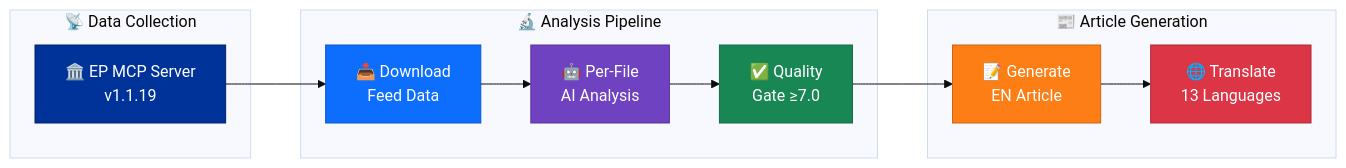
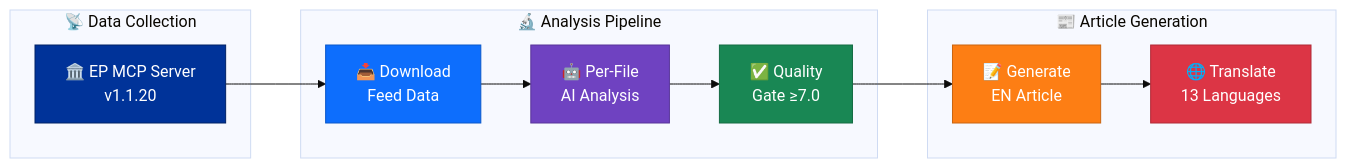
The first of 5 diagrams in analysis/README.md (Hack23/euparliamentmonitor), drawn with Mermaid (base theme) before and after one commit. The commit also changed other lines of this file and 24 other files, not shown here.

First line of the commit message:
chore: update european-parliament-mcp-server from 1.1.19 to 1.1.20 across all workflows and docs

````diff
--- a/analysis/README.md
+++ b/analysis/README.md
@@ -59,26 +59,26 @@
 ```mermaid
 flowchart LR
     subgraph "📡 Data Collection"
-        EP["🏛️ EP MCP Server\nv1.1.19"]
+        EP["🏛️ EP MCP Server\nv1.1.20"]
     end
 
     subgraph "🔬 Analysis Pipeline"
         DL["📥 Download\nFeed Data"]
         AI["🤖 Per-File\nAI Analysis"]
         QG["✅ Quality\nGate ≥7.0"]
     end
 
     subgraph "📰 Article Generation"
         GEN["📝 Generate\nEN Article"]
         TR["🌐 Translate\n13 Languages"]
     end
 
     EP --> DL --> AI --> QG --> GEN --> TR
 
     style EP fill:#003399,stroke:#002266,color:#fff
     style DL fill:#0d6efd,stroke:#0a58ca,color:#fff
     style AI fill:#6f42c1,stroke:#59359a,color:#fff
     style QG fill:#198754,stroke:#146c43,color:#fff
     style GEN fill:#fd7e14,stroke:#ca6510,color:#fff
     style TR fill:#dc3545,stroke:#b02a37,color:#fff
 ```
````
